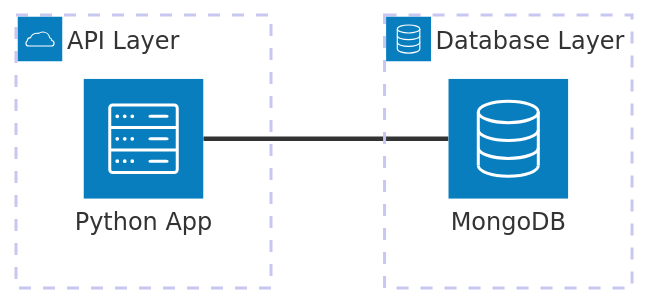
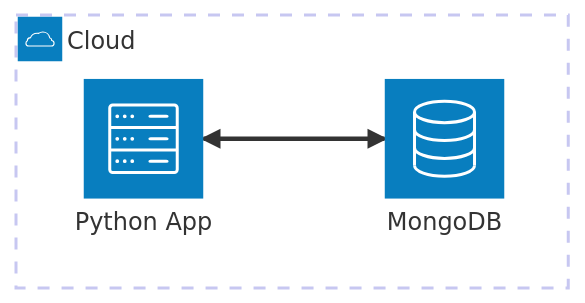
Before and after one commit to raulcastillabravo/mistlock: the diagram in src/hybrid/mves/mongo/README.es.md, drawn with Mermaid. The commit also changed other lines of this file and 4 other files, not shown here.

````diff
--- a/src/hybrid/mves/mongo/README.es.md
+++ b/src/hybrid/mves/mongo/README.es.md
@@ -7,10 +7,9 @@
 ```mermaid
 architecture-beta
-    group api(cloud)[API Layer]
-    group db(database)[Database Layer]
+    group cloud(cloud)[Cloud]
 
-    service python(server)[Python App] in api
-    service mongo(database)[MongoDB] in db
+    service app(server)[Python App] in cloud
+    service db(database)[MongoDB] in cloud
 
-    python:R -- L:mongo
+    app:R <--> L:db
 ```
````
